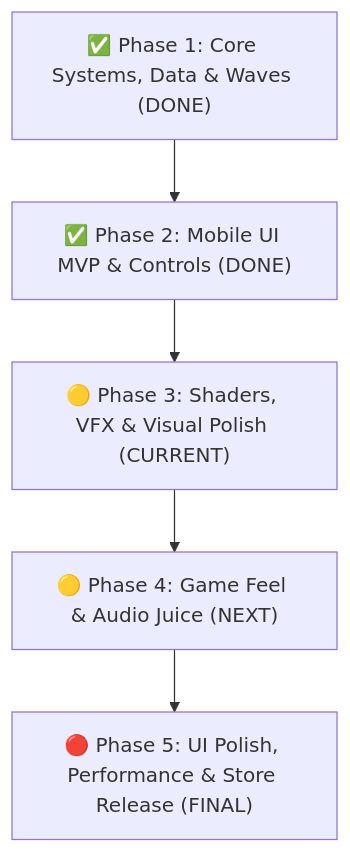
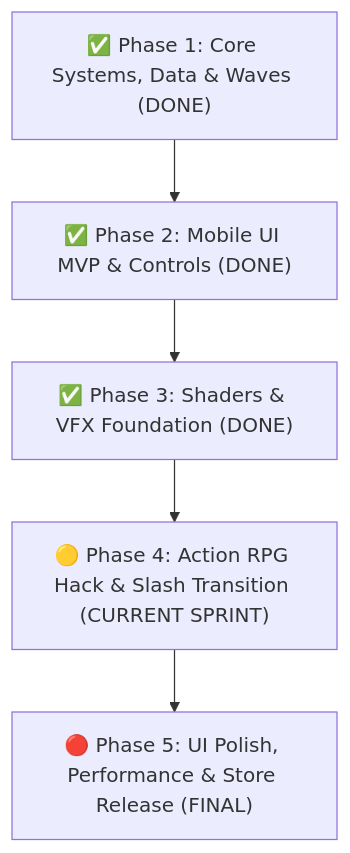
Before and after one commit to thuongtran1210/Projectzombie: the diagram in ProjectManagement/TASKS.md, drawn with Mermaid. The commit also changed other lines of this file and 6 other files, not shown here.

````diff
--- a/ProjectManagement/TASKS.md
+++ b/ProjectManagement/TASKS.md
@@ -26,7 +24,7 @@
 ```mermaid
 graph TD
     A["✅ Phase 1: Core Systems, Data & Waves (DONE)"] --> B["✅ Phase 2: Mobile UI MVP & Controls (DONE)"]
-    B --> C["🟡 Phase 3: Shaders, VFX & Visual Polish (CURRENT)"]
-    C --> D["🟡 Phase 4: Game Feel & Audio Juice (NEXT)"]
+    B --> C["✅ Phase 3: Shaders & VFX Foundation (DONE)"]
+    C --> D["🟡 Phase 4: Action RPG Hack & Slash Transition (CURRENT SPRINT)"]
     D --> E["🔴 Phase 5: UI Polish, Performance & Store Release (FINAL)"]
 ```
````
